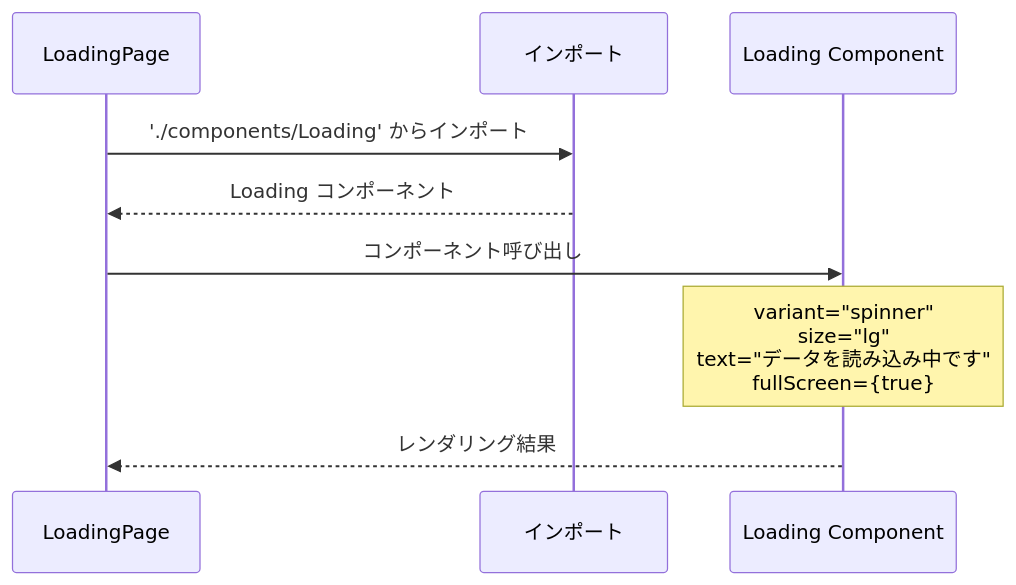
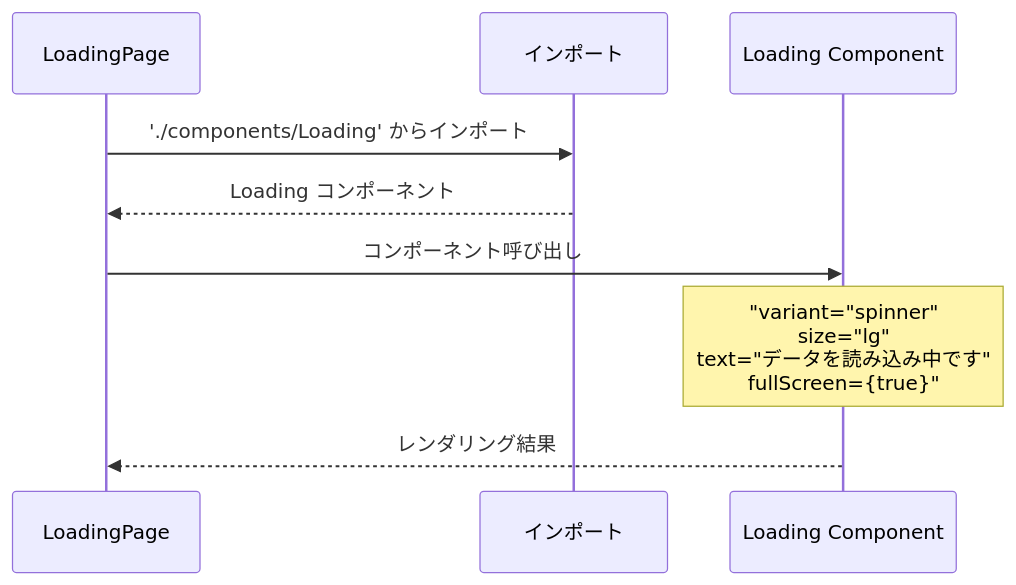
The second of 9 diagrams in document/pages/sequence/loading.md (wasabi49/ocs-systemDevelopmentExercises), drawn with Mermaid before and after one commit. The commit also changed other lines of this file and 42 other files, not shown here.

First line of the commit message:
fix: mermaidシーケンス図のNote over文でダブルクォーテーション不足を修正

````diff
--- a/document/pages/sequence/loading.md
+++ b/document/pages/sequence/loading.md
@@ -26,14 +26,14 @@
 ```mermaid
 sequenceDiagram
     participant LoadingPage as LoadingPage
     participant Import as インポート
     participant LoadingComp as Loading Component
 
     LoadingPage->>Import: './components/Loading' からインポート
     Import-->>LoadingPage: Loading コンポーネント
     
     LoadingPage->>LoadingComp: コンポーネント呼び出し
-    Note over LoadingComp: variant="spinner"<br/>size="lg"<br/>text="データを読み込み中です"<br/>fullScreen={true}
+    Note over LoadingComp: "variant="spinner"<br/>size="lg"<br/>text="データを読み込み中です"<br/>fullScreen={true}"
     
     LoadingComp-->>LoadingPage: レンダリング結果
 ```
````
